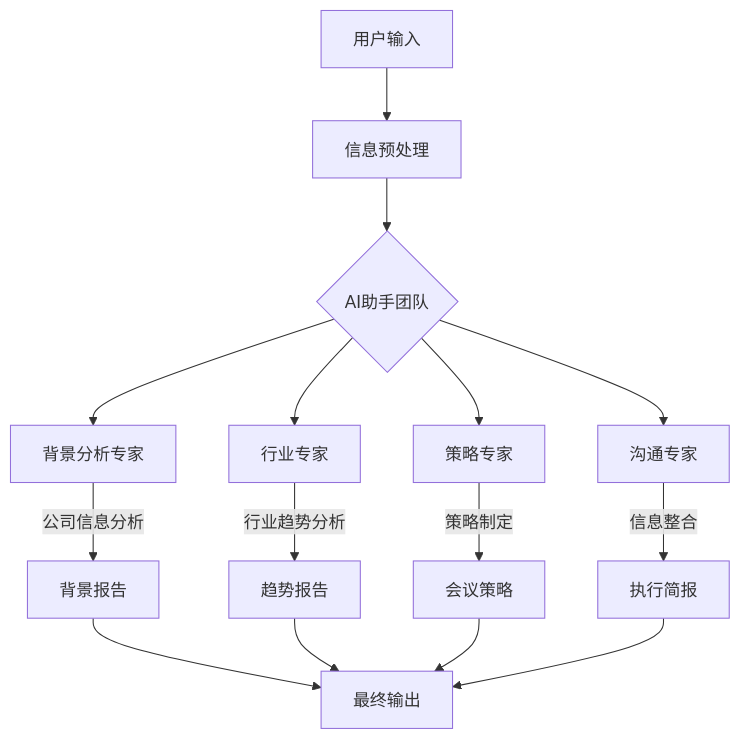
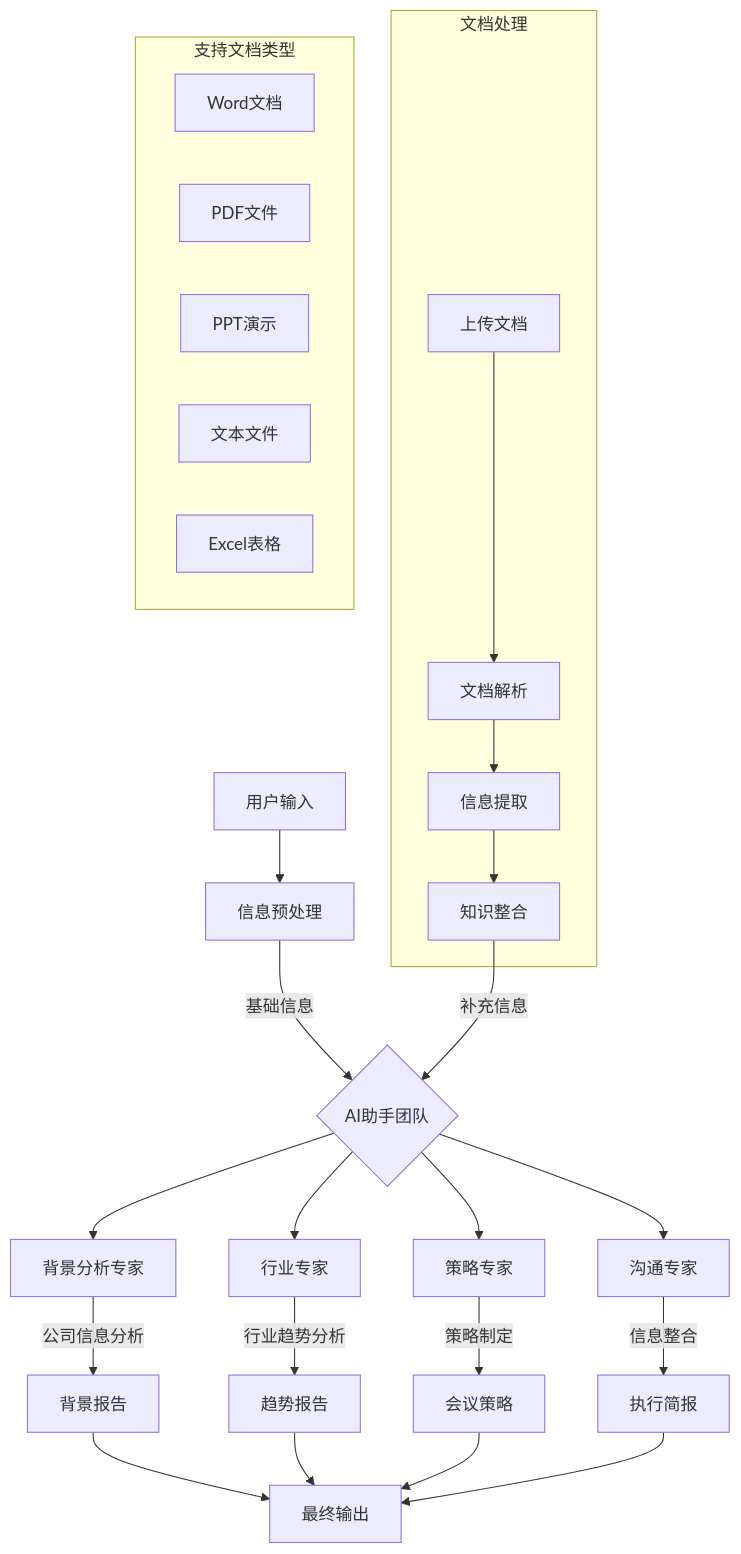
One commit to ROOKIE-AI/ai_meeting_agent changed the first of 2 diagrams in README.md. Above: the diagram before and after it, drawn with Mermaid. The commit also changed other lines of this file and 2 other files, not shown here.

````diff
--- a/README.md
+++ b/README.md
@@ -18,21 +18,36 @@
 ```mermaid
 graph TD
     A[用户输入] --> B[信息预处理]
-    B --> C{AI助手团队}
     
-    C --> D[背景分析专家]
-    C --> E[行业专家]
-    C --> F[策略专家]
-    C --> G[沟通专家]
+    subgraph 文档处理
+    D1[上传文档] --> D2[文档解析]
+    D2 --> D3[信息提取]
+    D3 --> D4[知识整合]
+    end
     
-    D --> |公司信息分析| H[背景报告]
-    E --> |行业趋势分析| I[趋势报告]
-    F --> |策略制定| J[会议策略]
-    G --> |信息整合| K[执行简报]
+    B --> |基础信息| C{AI助手团队}
+    D4 --> |补充信息| C
     
-    H --> L[最终输出]
-    I --> L
-    J --> L
-    K --> L
+    C --> E[背景分析专家]
+    C --> F[行业专家]
+    C --> G[策略专家]
+    C --> H[沟通专家]
     
+    E --> |公司信息分析| I[背景报告]
+    F --> |行业趋势分析| J[趋势报告]
+    G --> |策略制定| K[会议策略]
+    H --> |信息整合| L[执行简报]
+    
+    I --> M[最终输出]
+    J --> M
+    K --> M
+    L --> M
+    
+    subgraph 支持文档类型
+    DOC[Word文档]
+    PDF[PDF文件]
+    PPT[PPT演示]
+    TXT[文本文件]
+    XLS[Excel表格]
+    end
 ```
````
